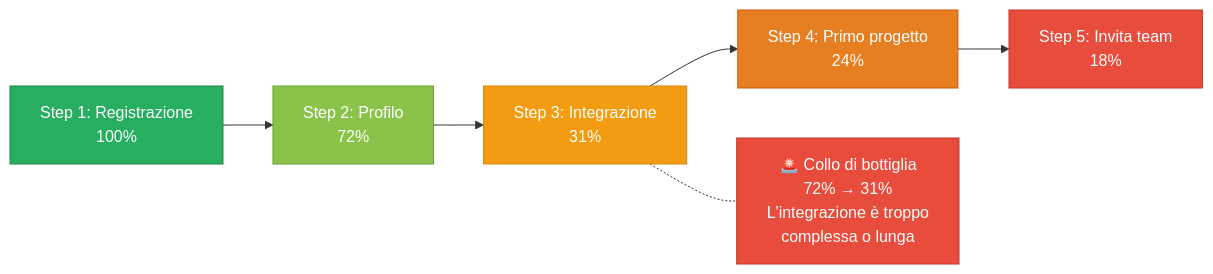
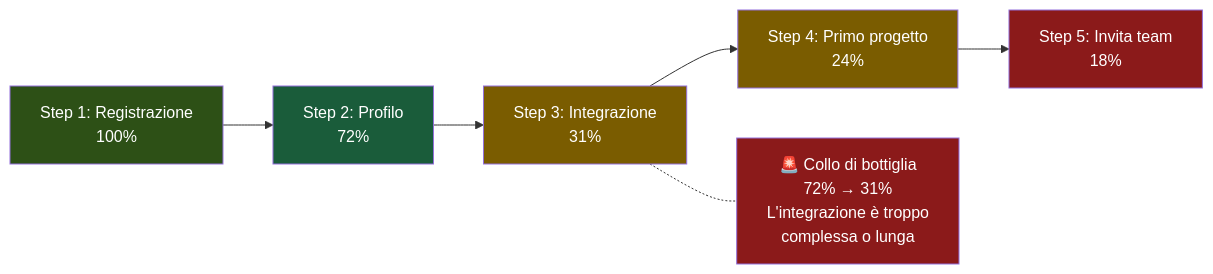
The third of 4 diagrams in src/content/corso/analisi-prodotto/onboarding-attivazione.mdx (AndreyBertasini/gynnitech), drawn with Mermaid before and after one commit. The commit also changed other lines of this file and 21 other files, not shown here.

First line of the commit message:
style: applica color scheme semantico a tutti i diagrammi Mermaid del corso

````diff
--- a/src/content/corso/analisi-prodotto/onboarding-attivazione.mdx
+++ b/src/content/corso/analisi-prodotto/onboarding-attivazione.mdx
@@ -165,14 +175,14 @@
 ```mermaid
 graph LR
     S1["Step 1: Registrazione\n100%"] --> S2["Step 2: Profilo\n72%"]
     S2 --> S3["Step 3: Integrazione\n31%"]
     S3 --> S4["Step 4: Primo progetto\n24%"]
     S4 --> S5["Step 5: Invita team\n18%"]
     S3 -.- BOTTLENECK["🚨 Collo di bottiglia\n72% → 31%\nL'integrazione è troppo\ncomplessa o lunga"]
-    style S1 fill:#27ae60,stroke:#1e8449,color:#fff
-    style S2 fill:#8bc34a,stroke:#689f38,color:#fff
-    style S3 fill:#f39c12,stroke:#d68910,color:#fff
-    style S4 fill:#e67e22,stroke:#d35400,color:#fff
-    style S5 fill:#e74c3c,stroke:#c0392b,color:#fff
-    style BOTTLENECK fill:#e74c3c,stroke:#c0392b,color:#fff
+    style S1 fill:#2d5016,color:#ffffff
+    style S2 fill:#1a5c3a,color:#ffffff
+    style S3 fill:#7a5c00,color:#ffffff
+    style S4 fill:#7a5c00,color:#ffffff
+    style S5 fill:#8b1a1a,color:#ffffff
+    style BOTTLENECK fill:#8b1a1a,color:#ffffff
 ```
````
